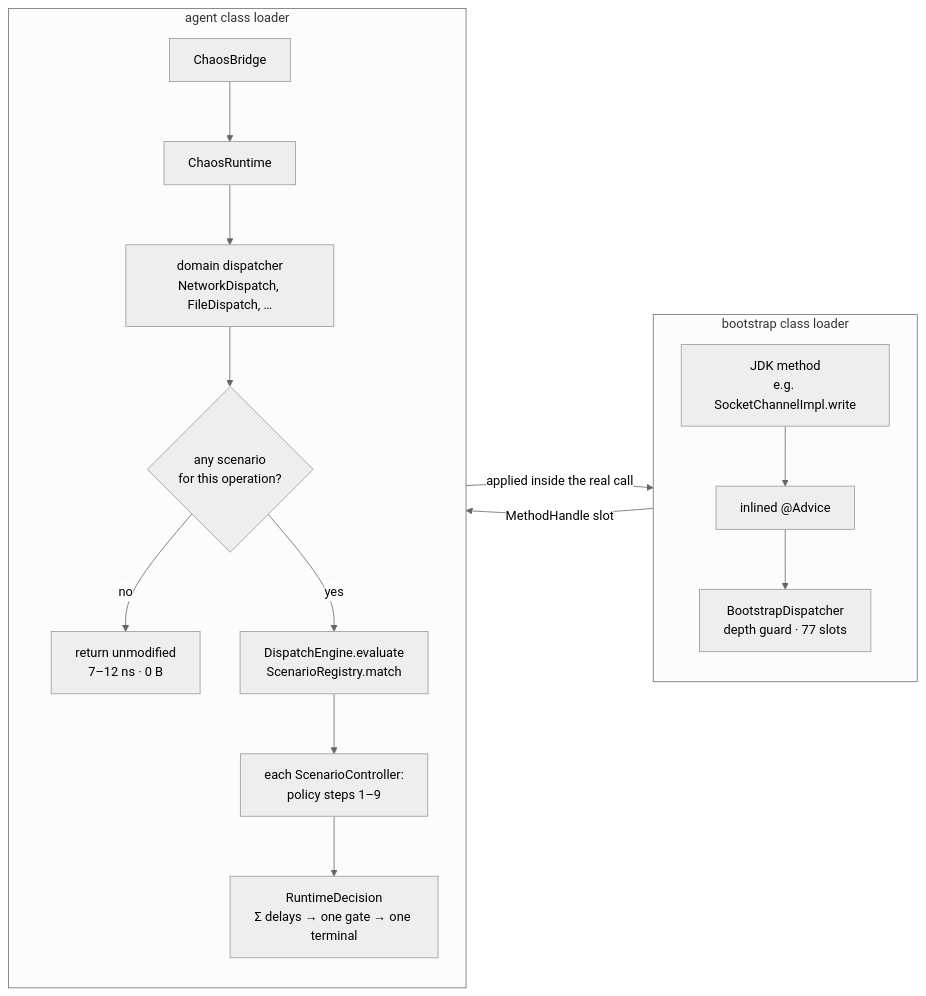
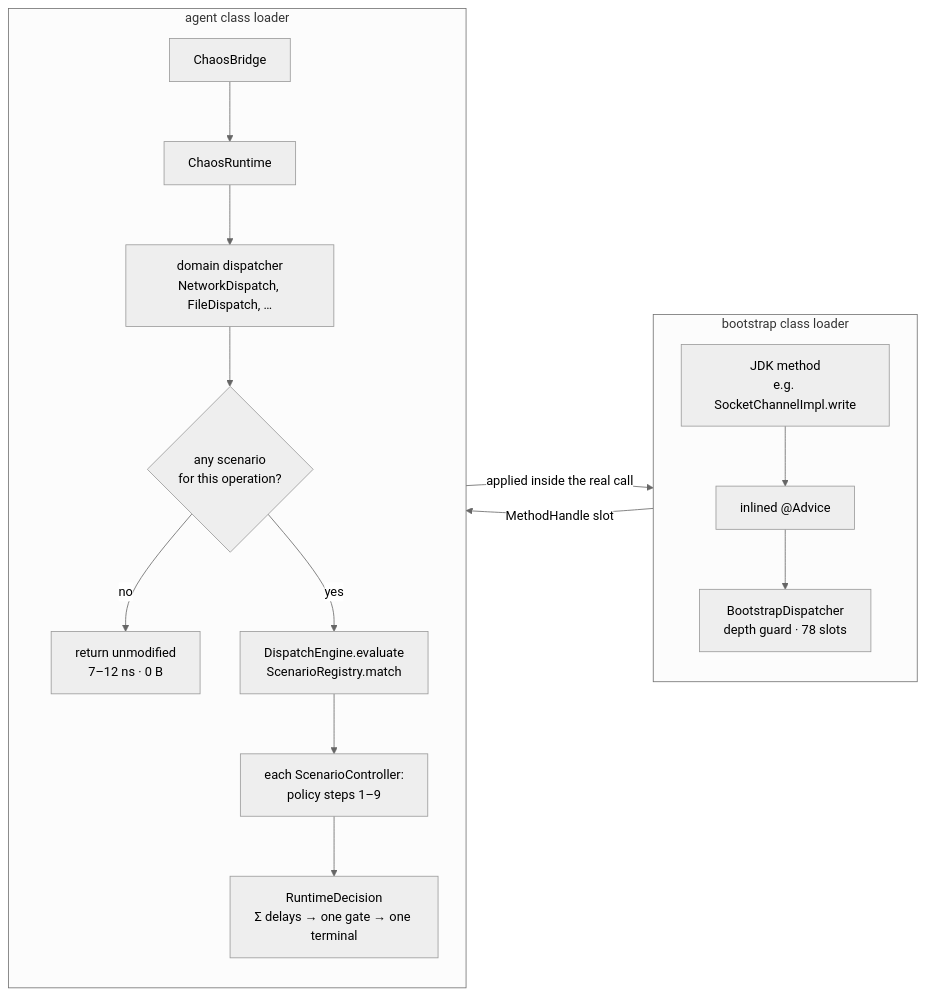
One commit to macstab/macstab-chaos-jvm-agent changed the diagram in README.md. Above: the diagram before and after it, drawn with Mermaid (neutral theme). The commit also changed 14 other files, not shown here.

````diff
--- a/README.md
+++ b/README.md
@@ -172,20 +172,20 @@
 ```mermaid
 flowchart LR
   subgraph boot["bootstrap class loader"]
     direction TB
     JDK["JDK method<br/>e.g. SocketChannelImpl.write"] --> ADV["inlined @Advice"]
-    ADV --> BD["BootstrapDispatcher<br/>depth guard · 77 slots"]
+    ADV --> BD["BootstrapDispatcher<br/>depth guard · 78 slots"]
   end
   subgraph agent["agent class loader"]
     direction TB
     BR["ChaosBridge"] --> RT["ChaosRuntime"]
     RT --> DOM["domain dispatcher<br/>NetworkDispatch, FileDispatch, …"]
     DOM --> IDLE{"any scenario<br/>for this operation?"}
     IDLE -- no --> PASS["return unmodified<br/>7–12 ns · 0 B"]
     IDLE -- yes --> ENG["DispatchEngine.evaluate<br/>ScenarioRegistry.match"]
     ENG --> POL["each ScenarioController:<br/>policy steps 1–9"]
     POL --> DEC["RuntimeDecision<br/>Σ delays → one gate → one terminal"]
   end
   BD -- "MethodHandle slot" --> BR
   DEC -- "applied inside the real call" --> JDK
 ```
````
